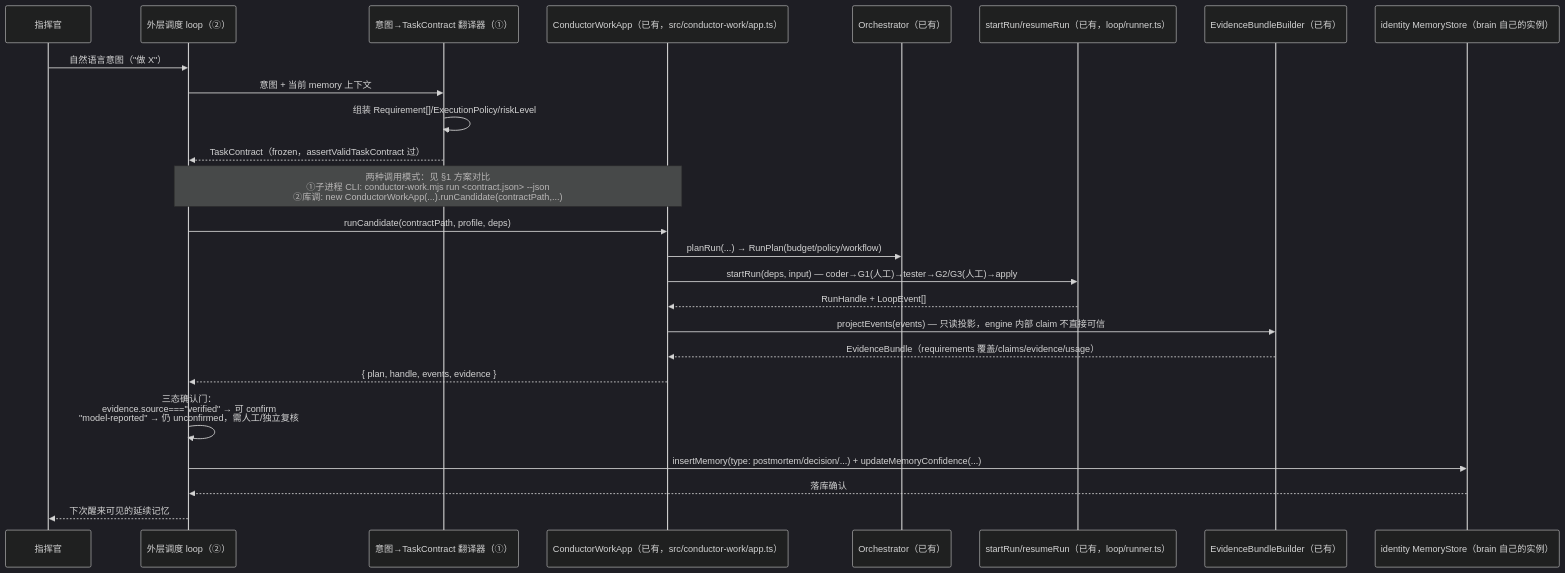
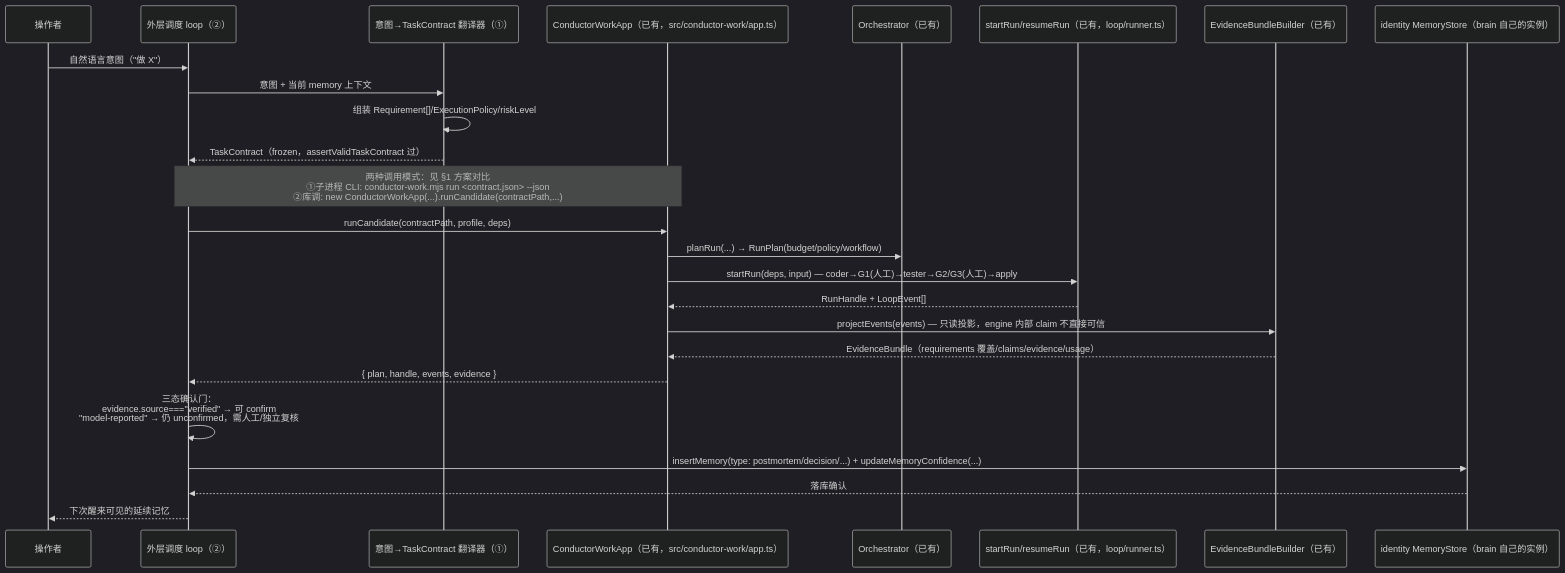
One commit to elishawong/aeloop changed the third of 3 diagrams in docs/conductor-brain-layer/DESIGN.md. Above: the diagram before and after it, drawn with Mermaid (dark theme). The commit also changed other lines of this file, not shown here.

````diff
--- a/docs/conductor-brain-layer/DESIGN.md
+++ b/docs/conductor-brain-layer/DESIGN.md
@@ -117,28 +117,28 @@
 ```mermaid
 sequenceDiagram
-    participant U as 指挥官
+    participant U as 操作者
     participant OUTER as 外层调度 loop（②）
     participant TRANS as 意图→TaskContract 翻译器（①）
     participant CW as ConductorWorkApp（已有，src/conductor-work/app.ts）
     participant ORCH as Orchestrator（已有）
     participant RUNNER as startRun/resumeRun（已有，loop/runner.ts）
     participant EVB as EvidenceBundleBuilder（已有）
     participant MS as identity MemoryStore（brain 自己的实例）
 
     U->>OUTER: 自然语言意图（"做 X"）
     OUTER->>TRANS: 意图 + 当前 memory 上下文
     TRANS->>TRANS: 组装 Requirement[]/ExecutionPolicy/riskLevel
     TRANS-->>OUTER: TaskContract（frozen，assertValidTaskContract 过）
     Note over OUTER,CW: 两种调用模式：见 §1 方案对比<br/>①子进程 CLI: conductor-work.mjs run <contract.json> --json<br/>②库调: new ConductorWorkApp(...).runCandidate(contractPath,...)
     OUTER->>CW: runCandidate(contractPath, profile, deps)
     CW->>ORCH: planRun(...) → RunPlan(budget/policy/workflow)
     CW->>RUNNER: startRun(deps, input) — coder→G1(人工)→tester→G2/G3(人工)→apply
     RUNNER-->>CW: RunHandle + LoopEvent[]
     CW->>EVB: projectEvents(events) — 只读投影，engine 内部 claim 不直接可信
     EVB-->>CW: EvidenceBundle（requirements 覆盖/claims/evidence/usage）
     CW-->>OUTER: { plan, handle, events, evidence }
     OUTER->>OUTER: 三态确认门：<br/>evidence.source==="verified" → 可 confirm<br/>"model-reported" → 仍 unconfirmed，需人工/独立复核
     OUTER->>MS: insertMemory(type: postmortem/decision/...) + updateMemoryConfidence(...)
     MS-->>OUTER: 落库确认
     OUTER-->>U: 下次醒来可见的延续记忆
 ```
````
